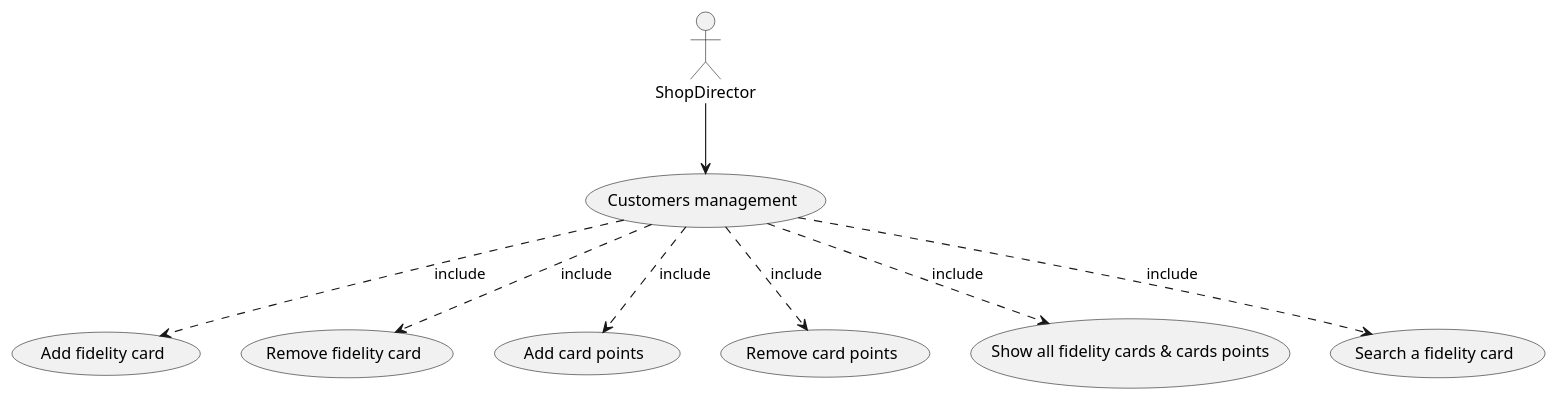
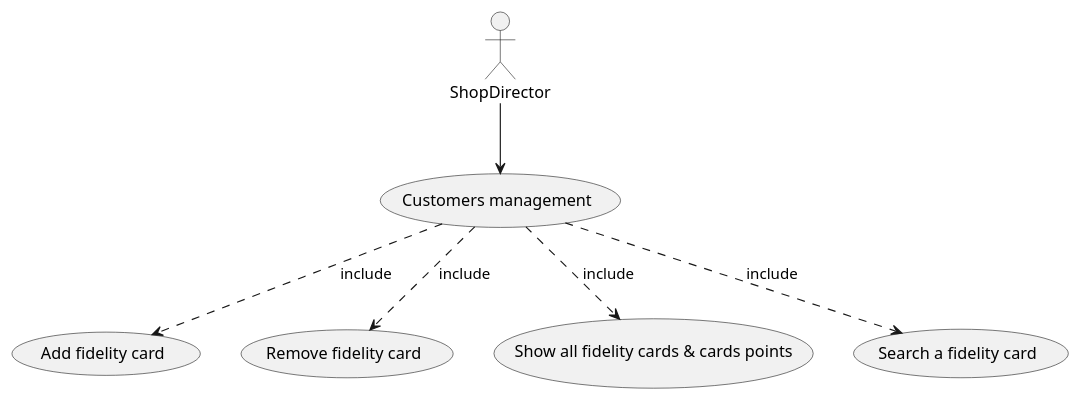
One commit to Stormz4/group20-EzShop changed the sixth of 11 diagrams in Deliverables/RequirementsDocument.md. Above: the diagram before and after it, drawn with PlantUML. The commit also changed other lines of this file, not shown here.

````diff
--- a/Deliverables/RequirementsDocument.md
+++ b/Deliverables/RequirementsDocument.md
@@ -337,13 +335,11 @@
 ```plantuml
 @startuml
 
 :ShopDirector: --> (Customers management)
 (Customers management) ..> (Add fidelity card) : include
 (Customers management) ..> (Remove fidelity card) : include
-(Customers management) ..> (Add card points) : include
-(Customers management) ..> (Remove card points) : include
 (Customers management) ..> (Show all fidelity cards & cards points) : include
 (Customers management) ..> (Search a fidelity card) : include
 
 @enduml
 ```
````
